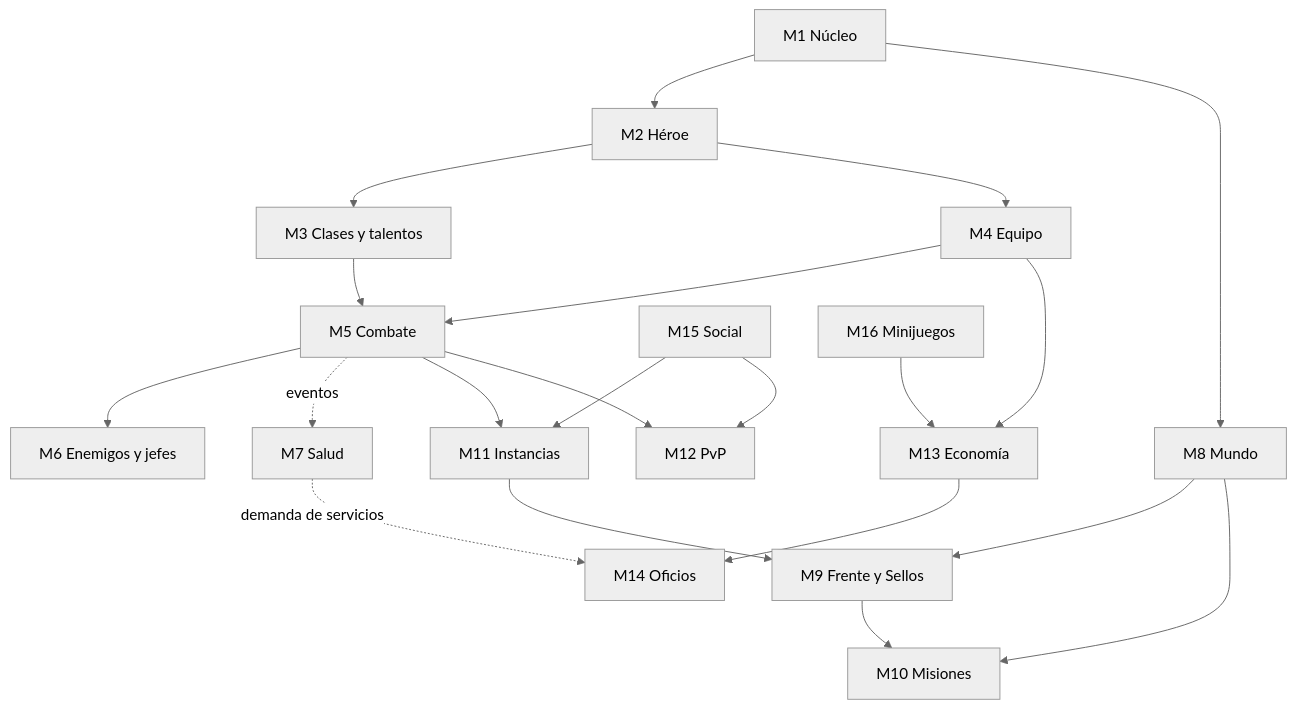
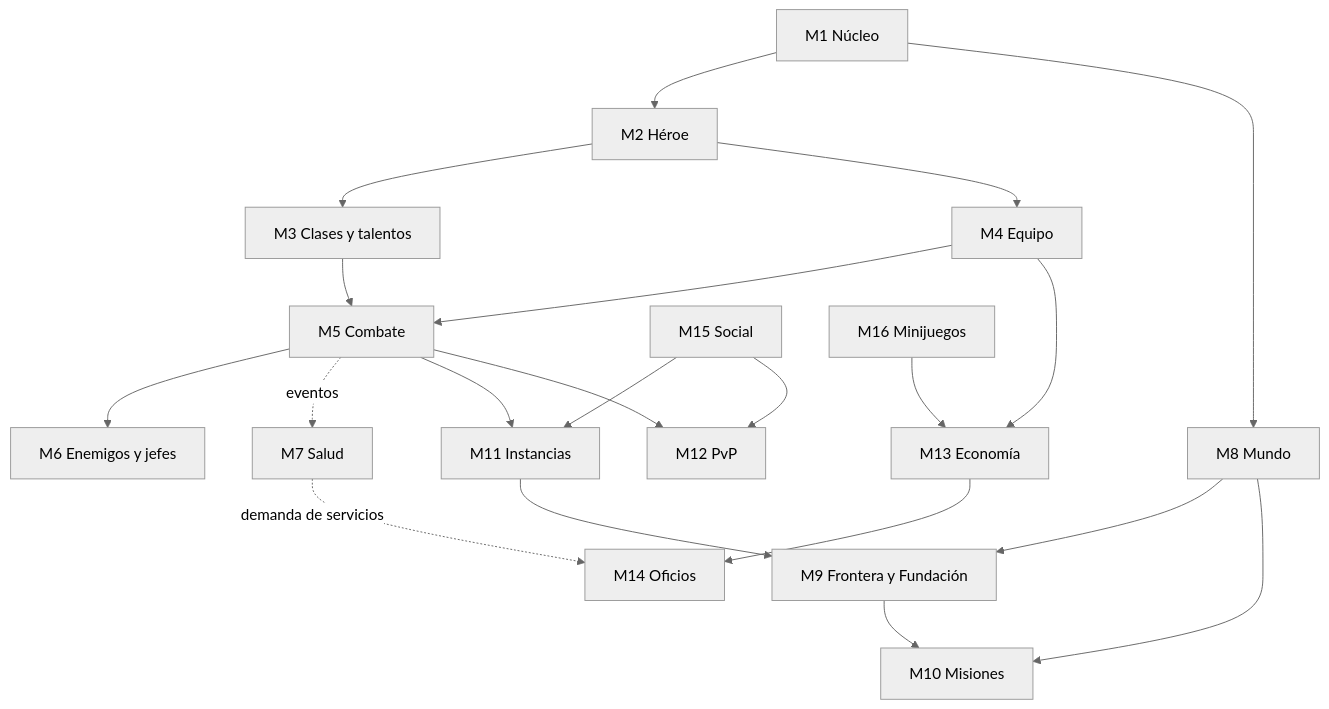
The diagram in diseno/01-plataforma/arquitectura-modular.md (jams990519/RPGDungeon), drawn with Mermaid (neutral theme) before and after one commit. The commit also changed other lines of this file and 13 other files, not shown here.

````diff
--- a/diseno/01-plataforma/arquitectura-modular.md
+++ b/diseno/01-plataforma/arquitectura-modular.md
@@ -53,23 +53,23 @@
 ```mermaid
 flowchart TD
   N[M1 Núcleo] --> H[M2 Héroe]
   N --> W[M8 Mundo]
   H --> C[M3 Clases y talentos]
   H --> I[M4 Equipo]
   C --> K[M5 Combate]
   I --> K
   K --> E[M6 Enemigos y jefes]
   K -. eventos .-> S[M7 Salud]
-  W --> F[M9 Frente y Sellos]
+  W --> F[M9 Frontera y Fundación]
   W --> Q[M10 Misiones]
   K --> X[M11 Instancias]
   K --> P[M12 PvP]
   I --> EC[M13 Economía]
   EC --> O[M14 Oficios]
   S -. demanda de servicios .-> O
   F --> Q
   X --> F
   SO[M15 Social] --> X
   SO --> P
   MI[M16 Minijuegos] --> EC
 ```
````
